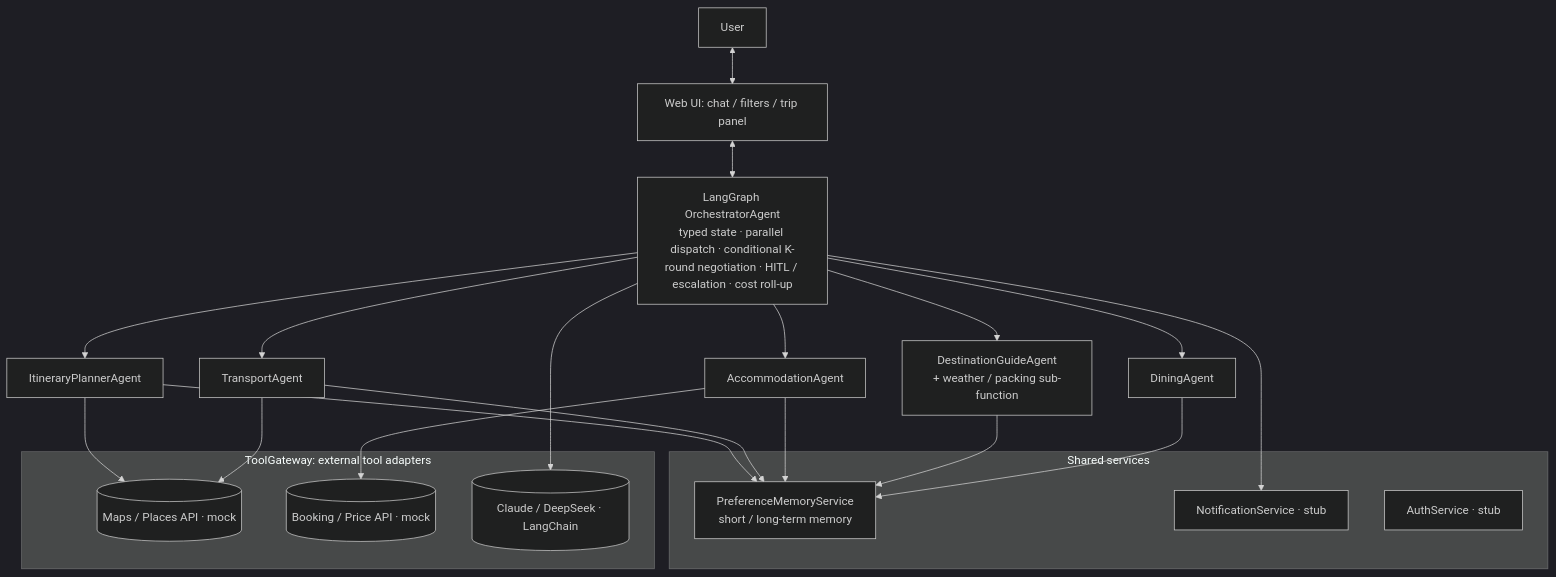
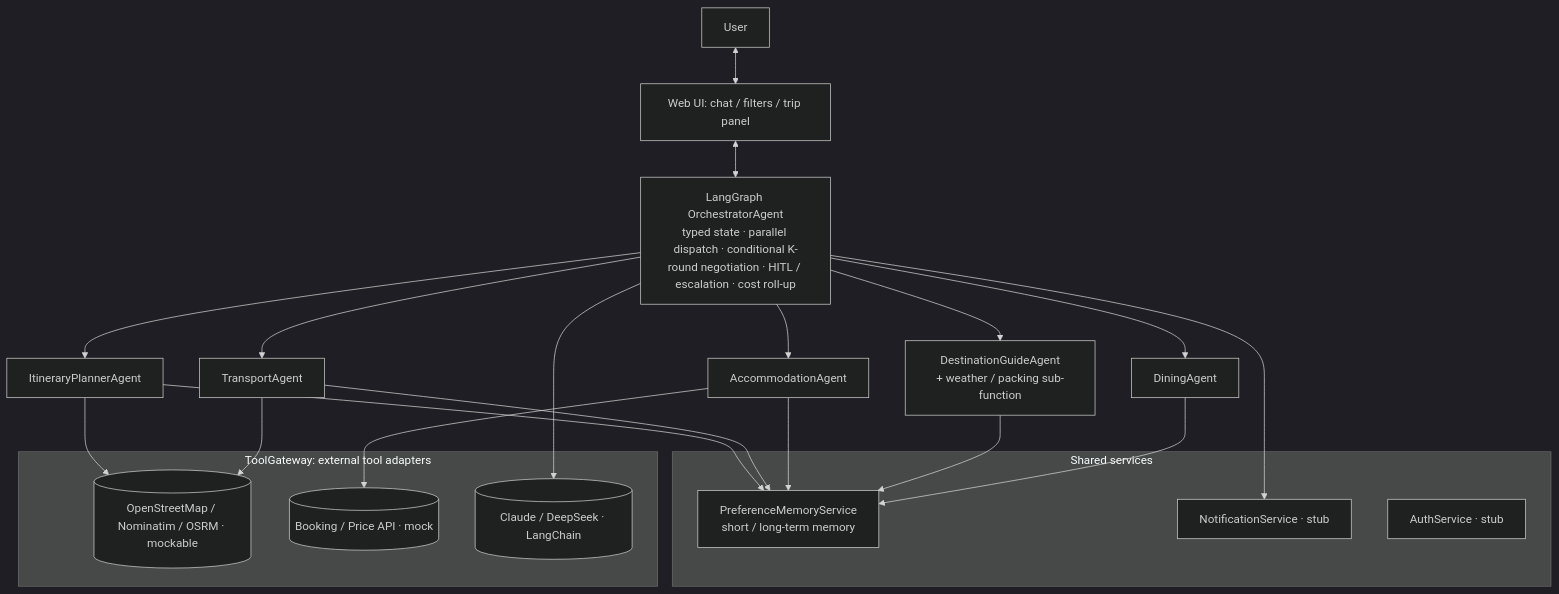
One commit to HeadmasterEggy/AI_TRIP_PLANNER changed the diagram in README.md. Above: the diagram before and after it, drawn with Mermaid (dark theme). The commit also changed other lines of this file, not shown here.

Commit message:
docs: add single-user development roadmap (#9)

````diff
--- a/README.md
+++ b/README.md
@@ -25,34 +25,34 @@
 ```mermaid
 flowchart TB
     U[User] <--> UI[Web UI: chat / filters / trip panel]
     UI <--> ORC[LangGraph OrchestratorAgent<br/>typed state · parallel dispatch · conditional K-round negotiation · HITL / escalation · cost roll-up]
 
     ORC --> IT[ItineraryPlannerAgent]
     ORC --> TR[TransportAgent]
     ORC --> AC[AccommodationAgent]
     ORC --> DG[DestinationGuideAgent<br/>+ weather / packing sub-function]
     ORC --> DN[DiningAgent]
 
     subgraph SVC[Shared services]
       MEM[PreferenceMemoryService<br/>short / long-term memory]
       NOT[NotificationService · stub]
       AUTH[AuthService · stub]
     end
 
     subgraph TOOLS[ToolGateway: external tool adapters]
-      MAPS[(Maps / Places API · mock)]
+      MAPS[(OpenStreetMap / Nominatim / OSRM · mockable)]
       BOOK[(Booking / Price API · mock)]
       LLM[(Claude / DeepSeek · LangChain)]
     end
 
     IT --> MEM
     TR --> MEM
     AC --> MEM
     DG --> MEM
     DN --> MEM
     IT --> MAPS
     TR --> MAPS
     AC --> BOOK
     ORC --> LLM
     ORC --> NOT
 ```
````
